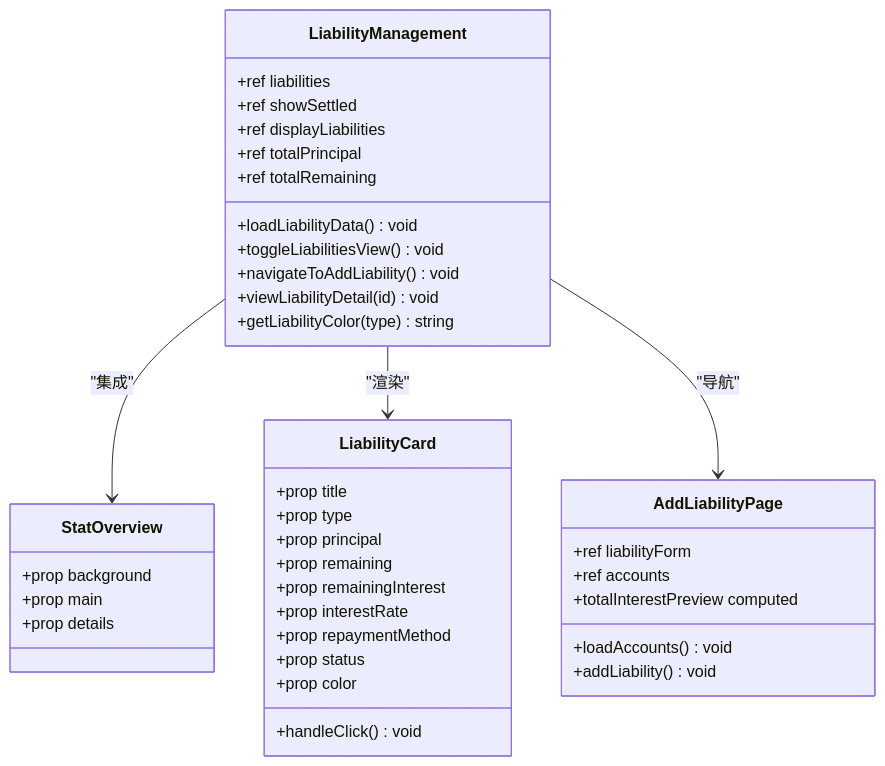
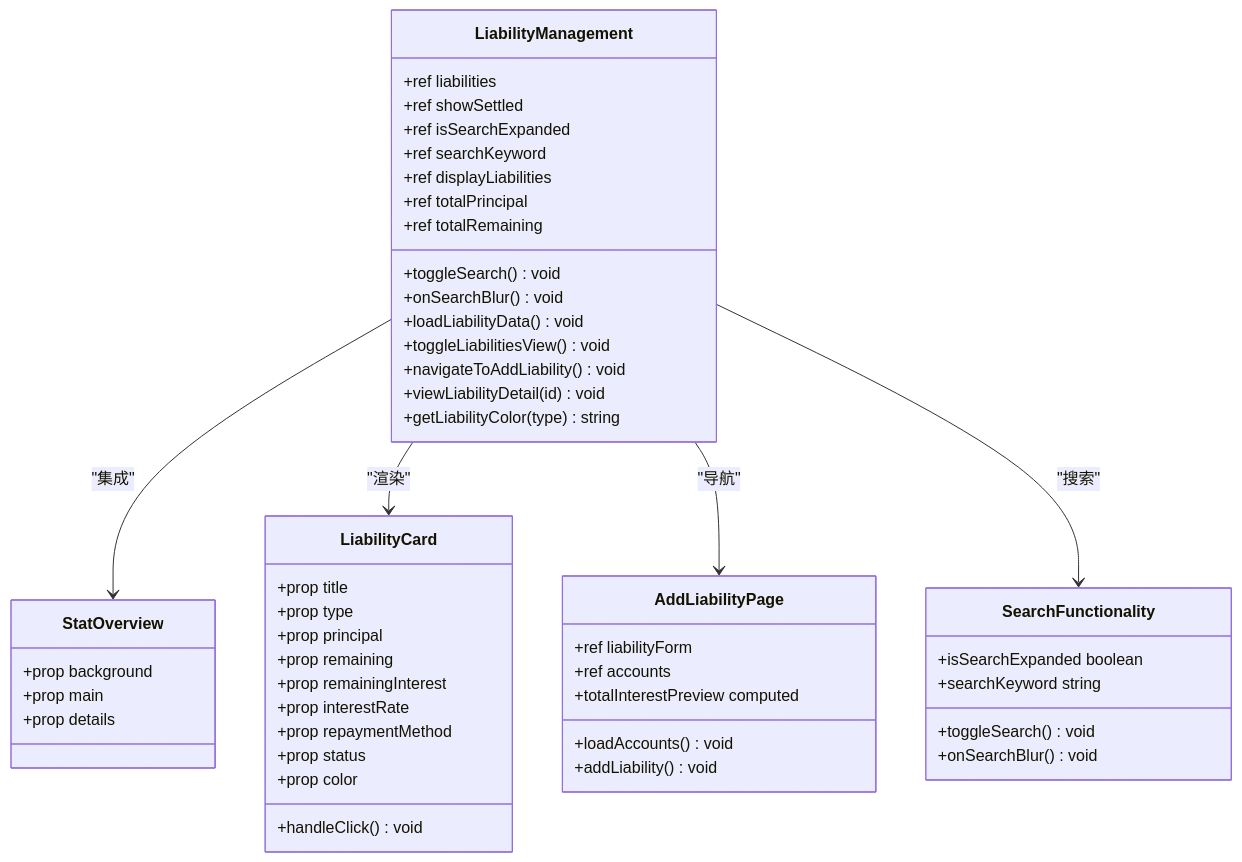
One commit to xiao-lin-unit/yuan changed the third of 13 diagrams in .qoder/repowiki/zh/content/负债管理.md. Above: the diagram before and after it, drawn with Mermaid. The commit also changed other lines of this file and 18 other files, not shown here.

````diff
--- a/.qoder/repowiki/zh/content/负债管理.md
+++ b/.qoder/repowiki/zh/content/负债管理.md
@@ -197,42 +205,53 @@
 ```mermaid
 classDiagram
 class LiabilityManagement {
 +ref liabilities
 +ref showSettled
++ref isSearchExpanded
++ref searchKeyword
 +ref displayLiabilities
 +ref totalPrincipal
 +ref totalRemaining
++toggleSearch() void
++onSearchBlur() void
 +loadLiabilityData() void
 +toggleLiabilitiesView() void
 +navigateToAddLiability() void
 +viewLiabilityDetail(id) void
 +getLiabilityColor(type) string
 }
 class StatOverview {
 +prop background
 +prop main
 +prop details
 }
 class LiabilityCard {
 +prop title
 +prop type
 +prop principal
 +prop remaining
 +prop remainingInterest
 +prop interestRate
 +prop repaymentMethod
 +prop status
 +prop color
 +handleClick() void
 }
 class AddLiabilityPage {
 +ref liabilityForm
 +ref accounts
 +totalInterestPreview computed
 +loadAccounts() void
 +addLiability() void
 }
+class SearchFunctionality {
++isSearchExpanded boolean
++searchKeyword string
++toggleSearch() void
++onSearchBlur() void
+}
 LiabilityManagement --> StatOverview : "集成"
 LiabilityManagement --> LiabilityCard : "渲染"
 LiabilityManagement --> AddLiabilityPage : "导航"
+LiabilityManagement --> SearchFunctionality : "搜索"
 ```
````
